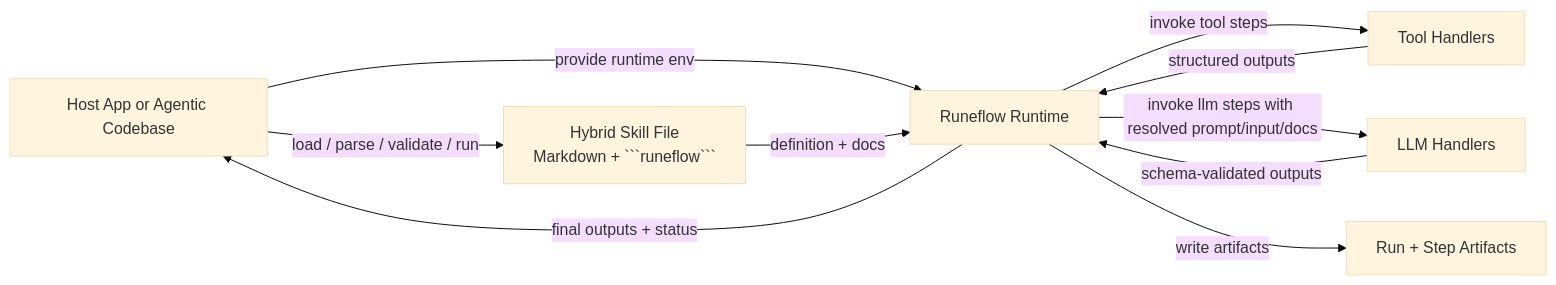
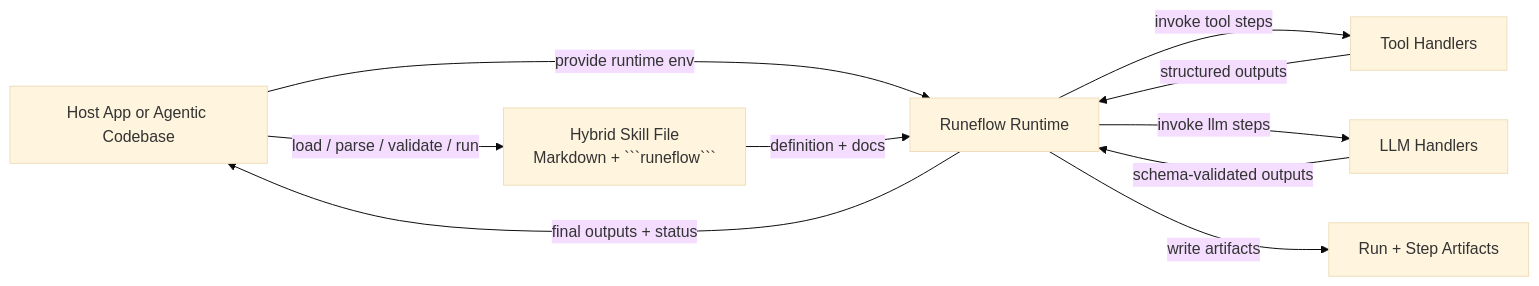
Before and after one commit to paritoshmmmec/runeflow: the diagram in README.md, drawn with Mermaid (base theme). The commit also changed other lines of this file and 12 other files, not shown here.

````diff
--- a/README.md
+++ b/README.md
@@ -51,19 +46,19 @@
 ```mermaid
 flowchart LR
     H["Host App or Agentic Codebase"]
     S["Hybrid Skill File\nMarkdown + ```runeflow```"]
     R["Runeflow Runtime"]
     T["Tool Handlers"]
     L["LLM Handlers"]
     A["Run + Step Artifacts"]
 
     H -->|"load / parse / validate / run"| S
     H -->|"provide runtime env"| R
     S -->|"definition + docs"| R
     R -->|"invoke tool steps"| T
-    R -->|"invoke llm steps with resolved prompt/input/docs"| L
+    R -->|"invoke llm steps"| L
     T -->|"structured outputs"| R
     L -->|"schema-validated outputs"| R
     R -->|"write artifacts"| A
     R -->|"final outputs + status"| H
 ```
````
